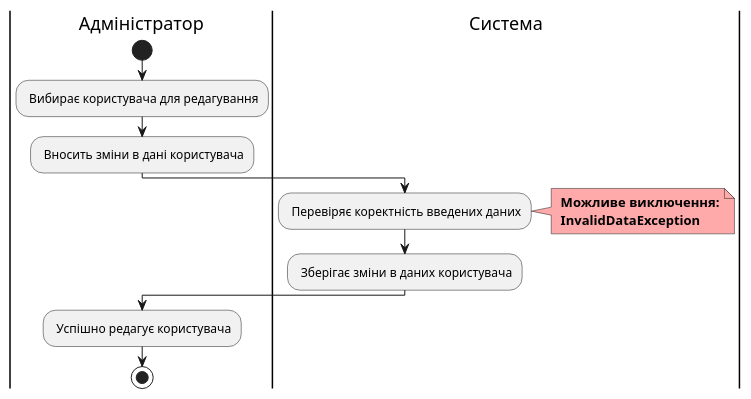
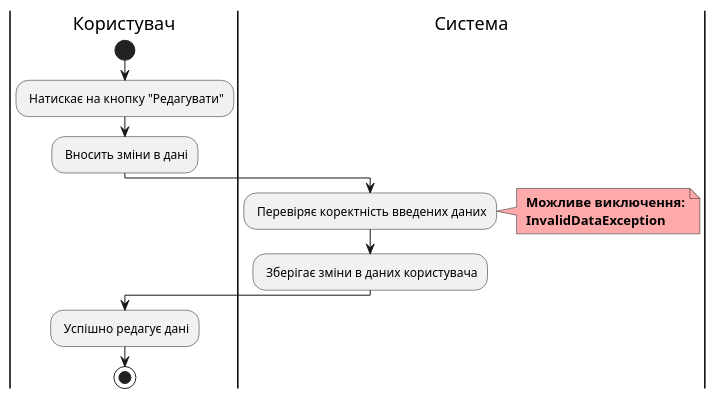
Before and after one commit to matshp0/db-coursework: the fifth of 6 diagrams in docs/project/use_cases.md, drawn with PlantUML. The commit also changed other lines of this file, not shown here.

````diff
--- a/docs/project/use_cases.md
+++ b/docs/project/use_cases.md
@@ -188,26 +187,26 @@
 ```plantuml
 @startuml
 
-|Адміністратор|
+|Користувач|
 start;
-: Вибирає користувача для редагування;
+: Натискає на кнопку "Редагувати";
 
-: Вносить зміни в дані користувача;
+: Вносить зміни в дані;
 
 |Система|
 : Перевіряє коректність введених даних;
 
 note right #ffaaaa
 <b> Можливе виключення:
 <b> InvalidDataException
 end note
 
 : Зберігає зміни в даних користувача;
 
-|Адміністратор|
-: Успішно редагує користувача;
+|Користувач|
+: Успішно редагує дані;
 
 stop;
 
 @enduml
 ```
````
